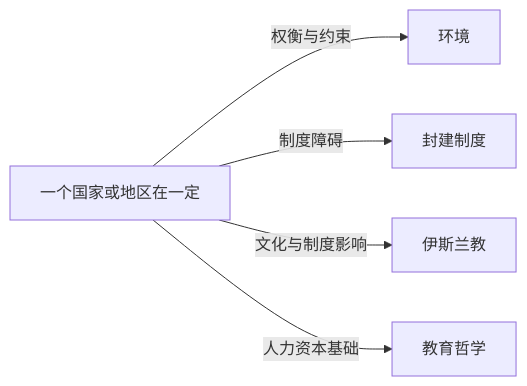
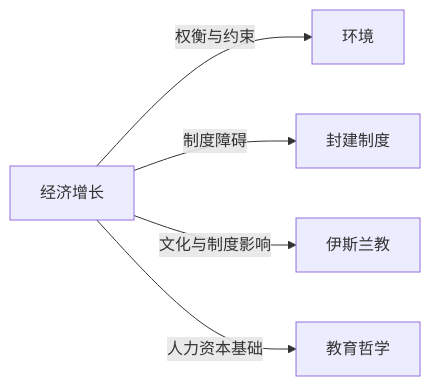
Before and after one commit to KIMMCHOW/MyKnowledge: the diagram in Knowledge/Concepts/经济/经济增长.md, drawn with Mermaid. The commit also changed 96 other files, not shown here.

Commit message:
fix: 修复概念页关系图节点并补齐缺失关联

````diff
--- a/Knowledge/Concepts/经济/经济增长.md
+++ b/Knowledge/Concepts/经济/经济增长.md
@@ -42,7 +42,7 @@
 ```mermaid
 graph LR
-    一个国家或地区在一定 -->|权衡与约束| 环境
-    一个国家或地区在一定 -->|制度障碍| 封建制度
-    一个国家或地区在一定 -->|文化与制度影响| 伊斯兰教
-    一个国家或地区在一定 -->|人力资本基础| 教育哲学
+经济增长 -->|权衡与约束| 环境
+经济增长 -->|制度障碍| 封建制度
+经济增长 -->|文化与制度影响| 伊斯兰教
+经济增长 -->|人力资本基础| 教育哲学
 ```
````
